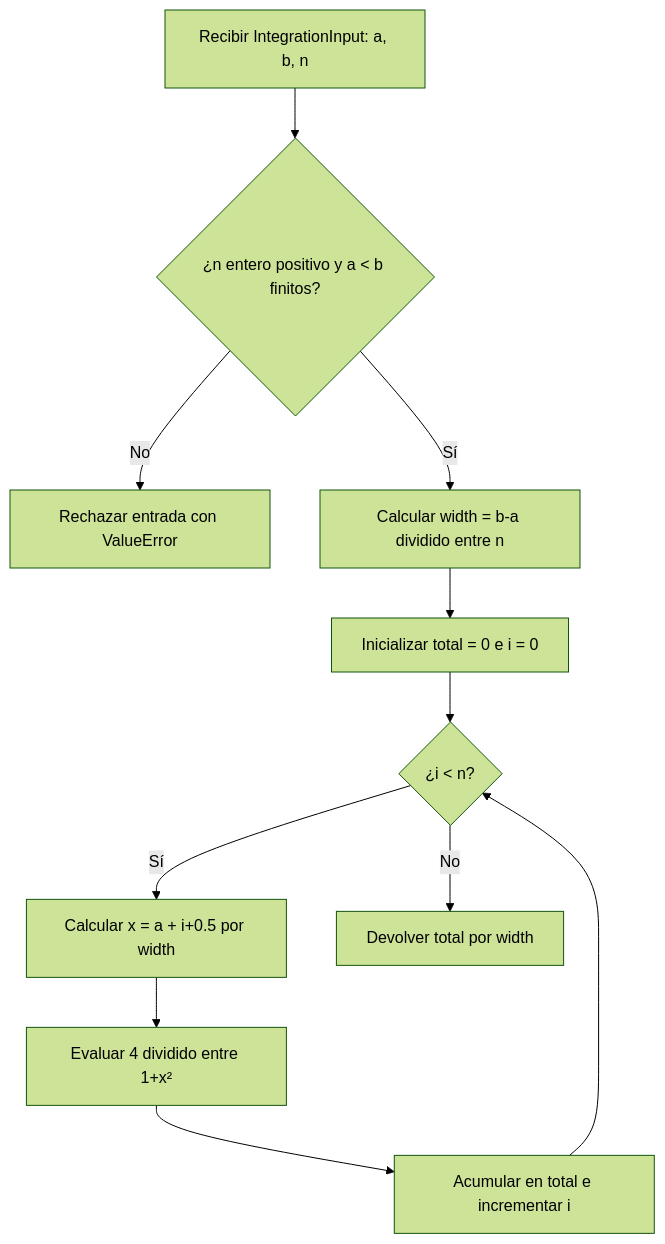
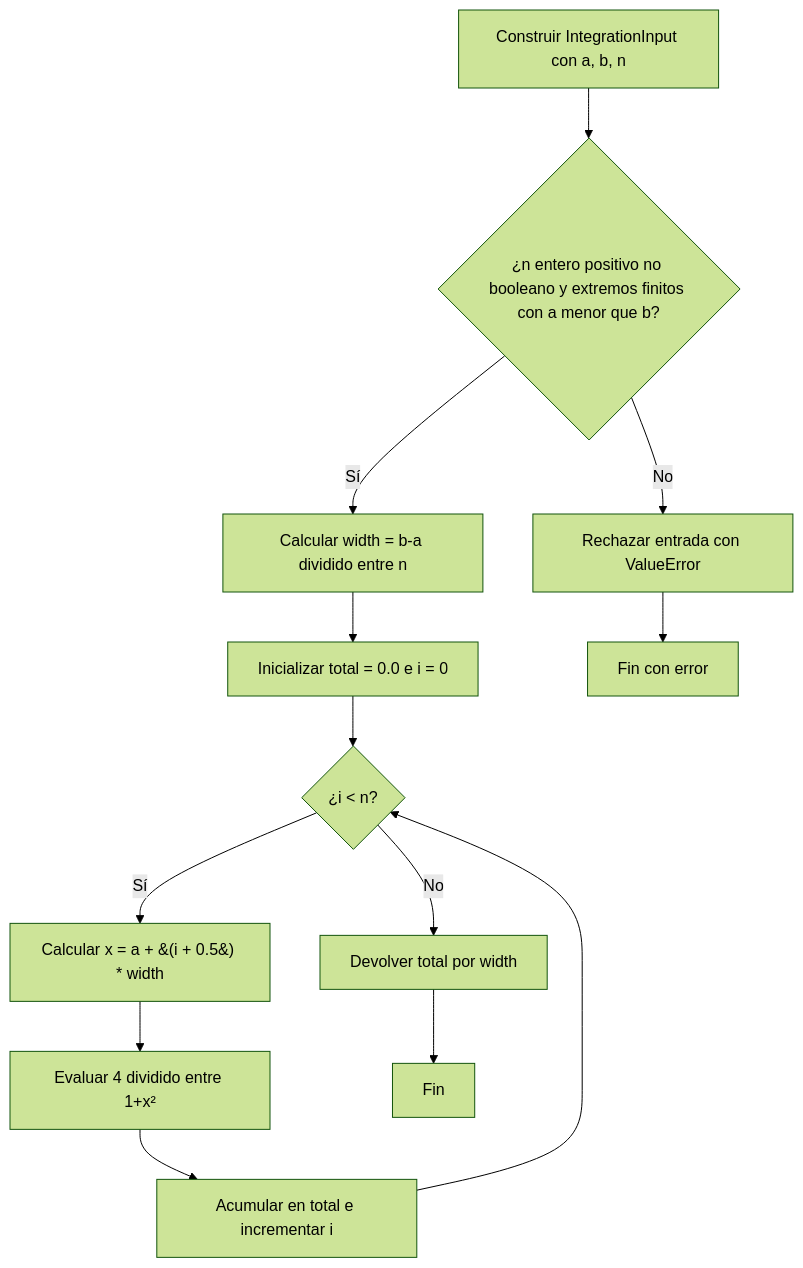
Before and after one commit to SebastianUVG/Lab05_paralela: the diagram in docs/flujo_secuencial.md, drawn with Mermaid (forest theme). The commit also changed other lines of this file and 14 other files, not shown here.

````diff
--- a/docs/flujo_secuencial.md
+++ b/docs/flujo_secuencial.md
@@ -21,13 +21,15 @@
 ```mermaid
 flowchart TD
-    A[Recibir IntegrationInput: a, b, n] --> B{¿n entero positivo y a < b finitos?}
+    A[Construir IntegrationInput con a, b, n] --> B{¿n entero positivo no booleano y extremos finitos con a menor que b?}
     B -- No --> C[Rechazar entrada con ValueError]
     B -- Sí --> D[Calcular width = b-a dividido entre n]
-    D --> E[Inicializar total = 0 e i = 0]
+    D --> E[Inicializar total = 0.0 e i = 0]
     E --> F{¿i < n?}
-    F -- Sí --> G[Calcular x = a + i+0.5 por width]
+    F -- Sí --> G[Calcular x = a + &#40;i + 0.5&#41; * width]
     G --> H[Evaluar 4 dividido entre 1+x²]
     H --> I[Acumular en total e incrementar i]
     I --> F
     F -- No --> J[Devolver total por width]
+    C --> K[Fin con error]
+    J --> L[Fin]
 ```
````
